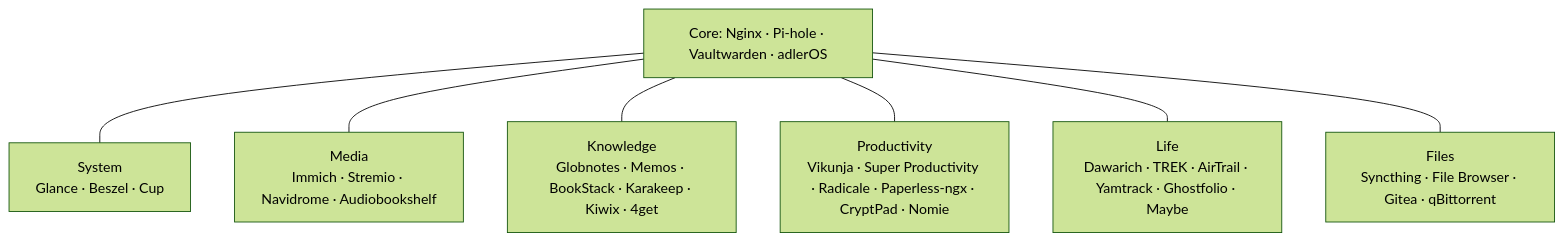
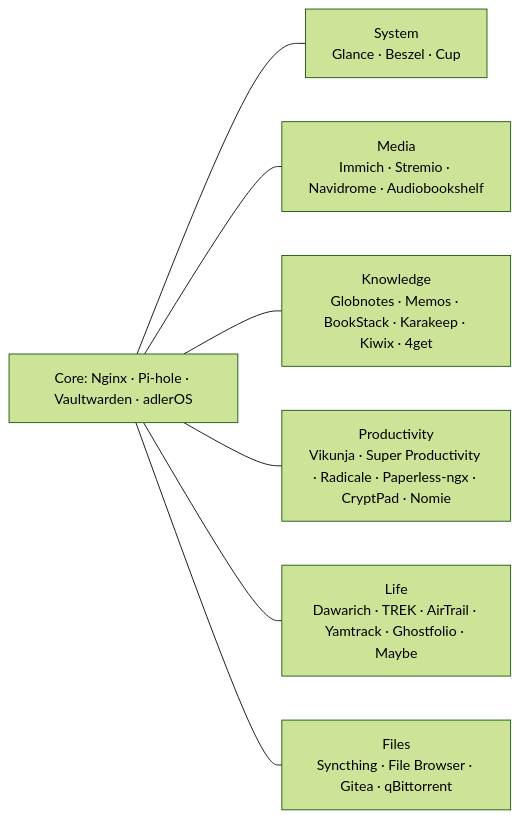
Before and after one commit to spaceadler/homelab: the third of 4 diagrams in README.md, drawn with Mermaid (forest theme). The commit also changed other lines of this file, not shown here.

Commit message:
docs: diagrams flow top-to-bottom where they were too wide for GitHub's frame

````diff
--- a/README.md
+++ b/README.md
@@ -69,10 +69,10 @@
 ```mermaid
-flowchart TB
+flowchart LR
     core["Core: Nginx · Pi-hole · Vaultwarden · adlerOS"]
     core --- sys["System<br/>Glance · Beszel · Cup"]
     core --- media["Media<br/>Immich · Stremio · Navidrome · Audiobookshelf"]
     core --- know["Knowledge<br/>Globnotes · Memos · BookStack · Karakeep · Kiwix · 4get"]
     core --- prod["Productivity<br/>Vikunja · Super Productivity · Radicale · Paperless-ngx · CryptPad · Nomie"]
     core --- life["Life<br/>Dawarich · TREK · AirTrail · Yamtrack · Ghostfolio · Maybe"]
     core --- files["Files<br/>Syncthing · File Browser · Gitea · qBittorrent"]
 ```
````
